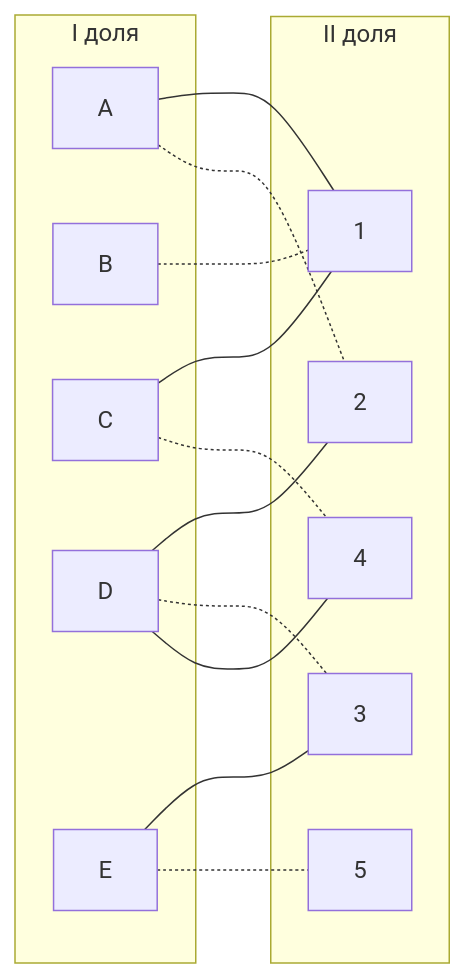
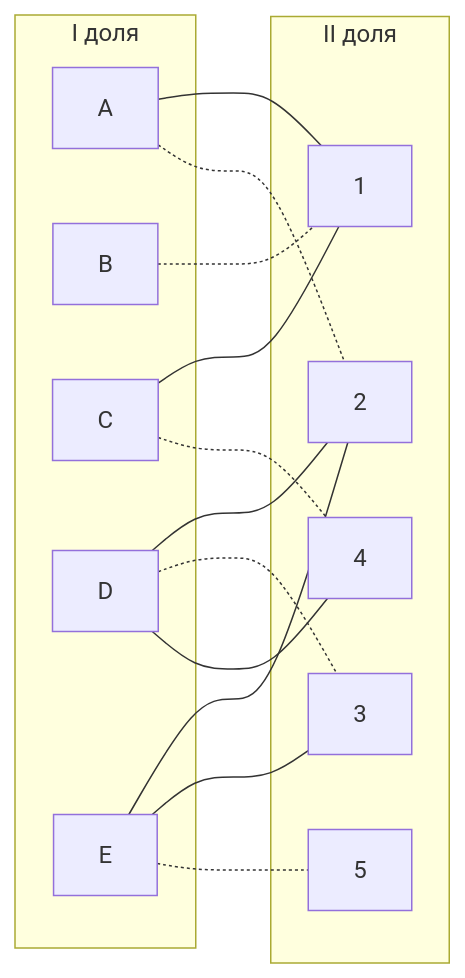
One commit to HSE-algo-23-owl/manual_tasks changed the tenth of 10 diagrams in task_13/AlgoWizards.md. Above: the diagram before and after it, drawn with Mermaid. The commit also changed other lines of this file, not shown here.

````diff
--- a/task_13/AlgoWizards.md
+++ b/task_13/AlgoWizards.md
@@ -256,27 +246,28 @@
 ```mermaid
 graph LR
     subgraph "I доля"
         A[A]
         B[B]
         C[C]
         D[D]
         E[E]
     end
     subgraph "II доля"
         1[1]
         2[2]
         3[3]
         4[4]
         5[5]
     end
     A --- 1
     B -.- 1
     A -.- 2
+    E --- 2
     E --- 3
     C --- 1
     C -.- 4
     D --- 2
     D -.- 3
     D --- 4
     E -.- 5
 ```
````
